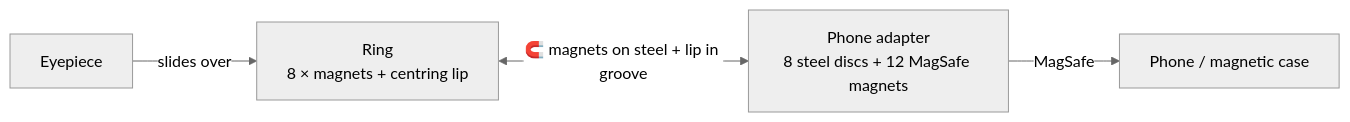
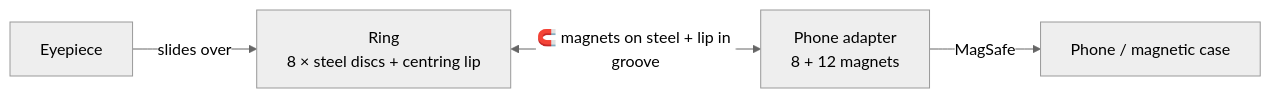
One commit to tofijak/kestrel changed the diagram in README.md. Above: the diagram before and after it, drawn with Mermaid (neutral theme). The commit also changed other lines of this file and 34 other files, not shown here.

First line of the commit message:
Steel discs in the ring, magnets in the adapter

````diff
--- a/README.md
+++ b/README.md
@@ -39,6 +39,6 @@
 ```mermaid
 flowchart LR
-    E[Eyepiece] -- slides over --> R[Ring<br/>8 × magnets + centring lip]
-    R <-- "🧲 magnets on steel + lip in groove" --> A[Phone adapter<br/>8 steel discs + 12 MagSafe magnets]
+    E[Eyepiece] -- slides over --> R[Ring<br/>8 × steel discs + centring lip]
+    R <-- "🧲 magnets on steel + lip in groove" --> A[Phone adapter<br/>8 + 12 magnets]
     A -- MagSafe --> P[Phone / magnetic case]
 ```
````
